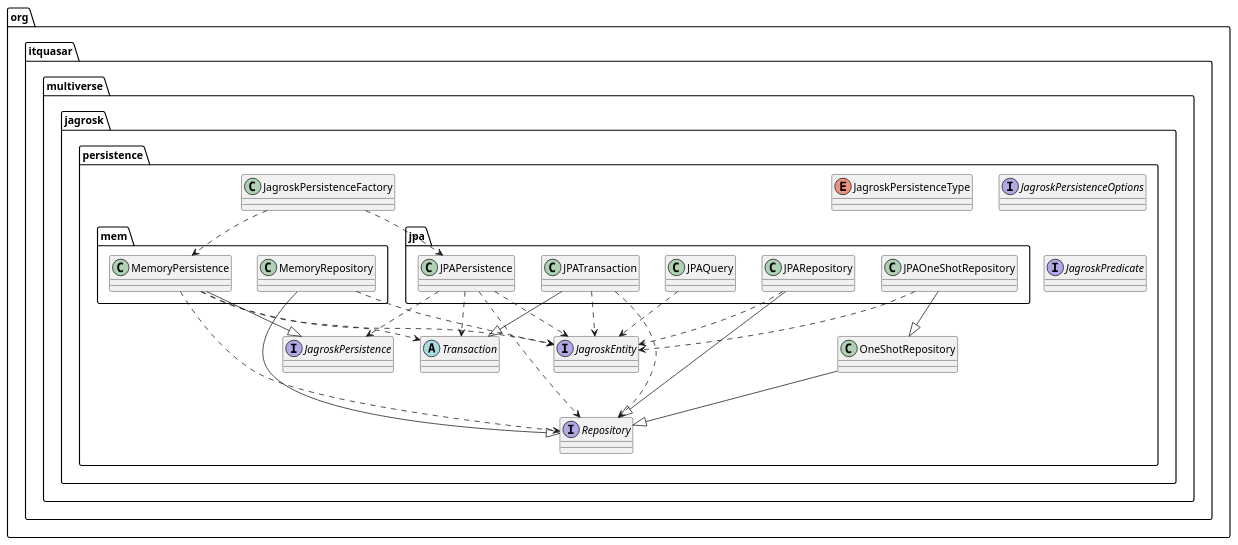
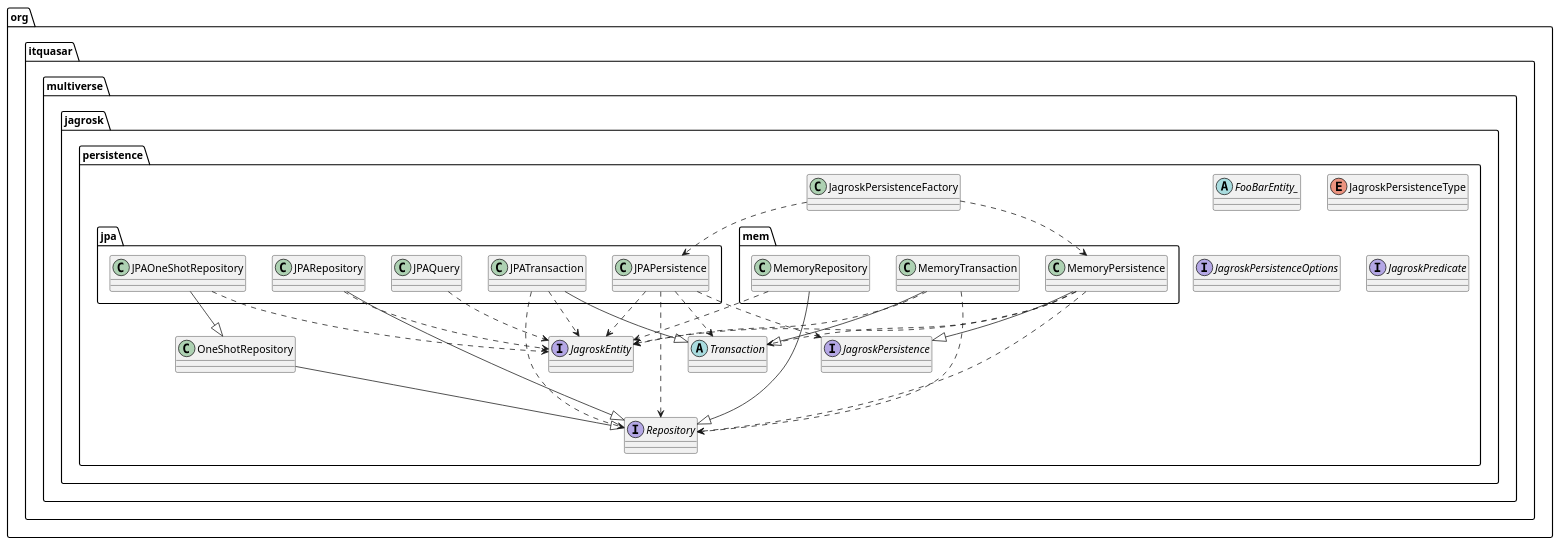
The diagram in src/main/uml/class-diagram.puml (ITQuasar/jagrosk-persistence), drawn with PlantUML before and after one commit. The commit also changed 7 other files, not shown here.

Commit message:
Add MapDB as memory persistence, add Transaction Phase and Status

```diff
--- a/src/main/uml/class-diagram.puml
+++ b/src/main/uml/class-diagram.puml
@@ -1,39 +1,44 @@
 @startuml
+abstract class org.itquasar.multiverse.jagrosk.persistence.FooBarEntity_
 abstract class org.itquasar.multiverse.jagrosk.persistence.Transaction
 class org.itquasar.multiverse.jagrosk.persistence.JagroskPersistenceFactory
 class org.itquasar.multiverse.jagrosk.persistence.OneShotRepository
 class org.itquasar.multiverse.jagrosk.persistence.jpa.JPAOneShotRepository
 class org.itquasar.multiverse.jagrosk.persistence.jpa.JPAPersistence
 class org.itquasar.multiverse.jagrosk.persistence.jpa.JPAQuery
 class org.itquasar.multiverse.jagrosk.persistence.jpa.JPARepository
 class org.itquasar.multiverse.jagrosk.persistence.jpa.JPATransaction
 class org.itquasar.multiverse.jagrosk.persistence.mem.MemoryPersistence
 class org.itquasar.multiverse.jagrosk.persistence.mem.MemoryRepository
+class org.itquasar.multiverse.jagrosk.persistence.mem.MemoryTransaction
 enum org.itquasar.multiverse.jagrosk.persistence.JagroskPersistenceType
 interface org.itquasar.multiverse.jagrosk.persistence.JagroskEntity
 interface org.itquasar.multiverse.jagrosk.persistence.JagroskPersistence
 interface org.itquasar.multiverse.jagrosk.persistence.JagroskPersistenceOptions
 interface org.itquasar.multiverse.jagrosk.persistence.JagroskPredicate
 interface org.itquasar.multiverse.jagrosk.persistence.Repository
 org.itquasar.multiverse.jagrosk.persistence.JagroskPersistenceFactory ..> org.itquasar.multiverse.jagrosk.persistence.jpa.JPAPersistence
 org.itquasar.multiverse.jagrosk.persistence.JagroskPersistenceFactory ..> org.itquasar.multiverse.jagrosk.persistence.mem.MemoryPersistence
 org.itquasar.multiverse.jagrosk.persistence.OneShotRepository --|> org.itquasar.multiverse.jagrosk.persistence.Repository
 org.itquasar.multiverse.jagrosk.persistence.jpa.JPAOneShotRepository --|> org.itquasar.multiverse.jagrosk.persistence.OneShotRepository
 org.itquasar.multiverse.jagrosk.persistence.jpa.JPAOneShotRepository ..> org.itquasar.multiverse.jagrosk.persistence.JagroskEntity
 org.itquasar.multiverse.jagrosk.persistence.jpa.JPAPersistence ..> org.itquasar.multiverse.jagrosk.persistence.Transaction
 org.itquasar.multiverse.jagrosk.persistence.jpa.JPAPersistence ..> org.itquasar.multiverse.jagrosk.persistence.JagroskEntity
 org.itquasar.multiverse.jagrosk.persistence.jpa.JPAPersistence ..> org.itquasar.multiverse.jagrosk.persistence.JagroskPersistence
 org.itquasar.multiverse.jagrosk.persistence.jpa.JPAPersistence ..> org.itquasar.multiverse.jagrosk.persistence.Repository
 org.itquasar.multiverse.jagrosk.persistence.jpa.JPAQuery ..> org.itquasar.multiverse.jagrosk.persistence.JagroskEntity
 org.itquasar.multiverse.jagrosk.persistence.jpa.JPARepository ..> org.itquasar.multiverse.jagrosk.persistence.JagroskEntity
 org.itquasar.multiverse.jagrosk.persistence.jpa.JPARepository --|> org.itquasar.multiverse.jagrosk.persistence.Repository
 org.itquasar.multiverse.jagrosk.persistence.jpa.JPATransaction --|> org.itquasar.multiverse.jagrosk.persistence.Transaction
 org.itquasar.multiverse.jagrosk.persistence.jpa.JPATransaction ..> org.itquasar.multiverse.jagrosk.persistence.JagroskEntity
 org.itquasar.multiverse.jagrosk.persistence.jpa.JPATransaction ..> org.itquasar.multiverse.jagrosk.persistence.Repository
 org.itquasar.multiverse.jagrosk.persistence.mem.MemoryPersistence ..> org.itquasar.multiverse.jagrosk.persistence.Transaction
 org.itquasar.multiverse.jagrosk.persistence.mem.MemoryPersistence ..> org.itquasar.multiverse.jagrosk.persistence.JagroskEntity
 org.itquasar.multiverse.jagrosk.persistence.mem.MemoryPersistence --|> org.itquasar.multiverse.jagrosk.persistence.JagroskPersistence
 org.itquasar.multiverse.jagrosk.persistence.mem.MemoryPersistence ..> org.itquasar.multiverse.jagrosk.persistence.Repository
 org.itquasar.multiverse.jagrosk.persistence.mem.MemoryRepository ..> org.itquasar.multiverse.jagrosk.persistence.JagroskEntity
 org.itquasar.multiverse.jagrosk.persistence.mem.MemoryRepository --|> org.itquasar.multiverse.jagrosk.persistence.Repository
+org.itquasar.multiverse.jagrosk.persistence.mem.MemoryTransaction --|> org.itquasar.multiverse.jagrosk.persistence.Transaction
+org.itquasar.multiverse.jagrosk.persistence.mem.MemoryTransaction ..> org.itquasar.multiverse.jagrosk.persistence.JagroskEntity
+org.itquasar.multiverse.jagrosk.persistence.mem.MemoryTransaction ..> org.itquasar.multiverse.jagrosk.persistence.Repository
 @enduml
```
